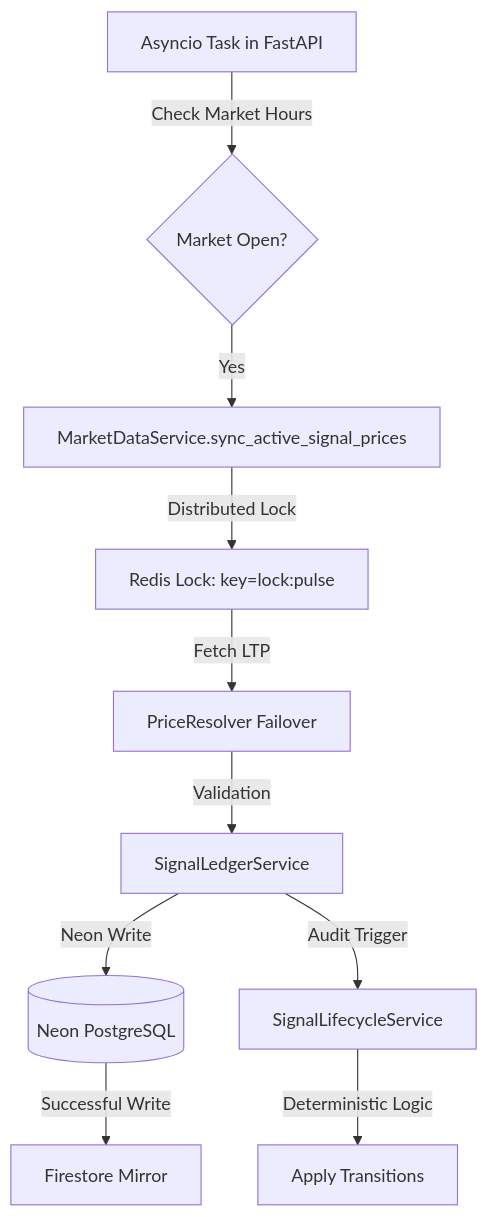
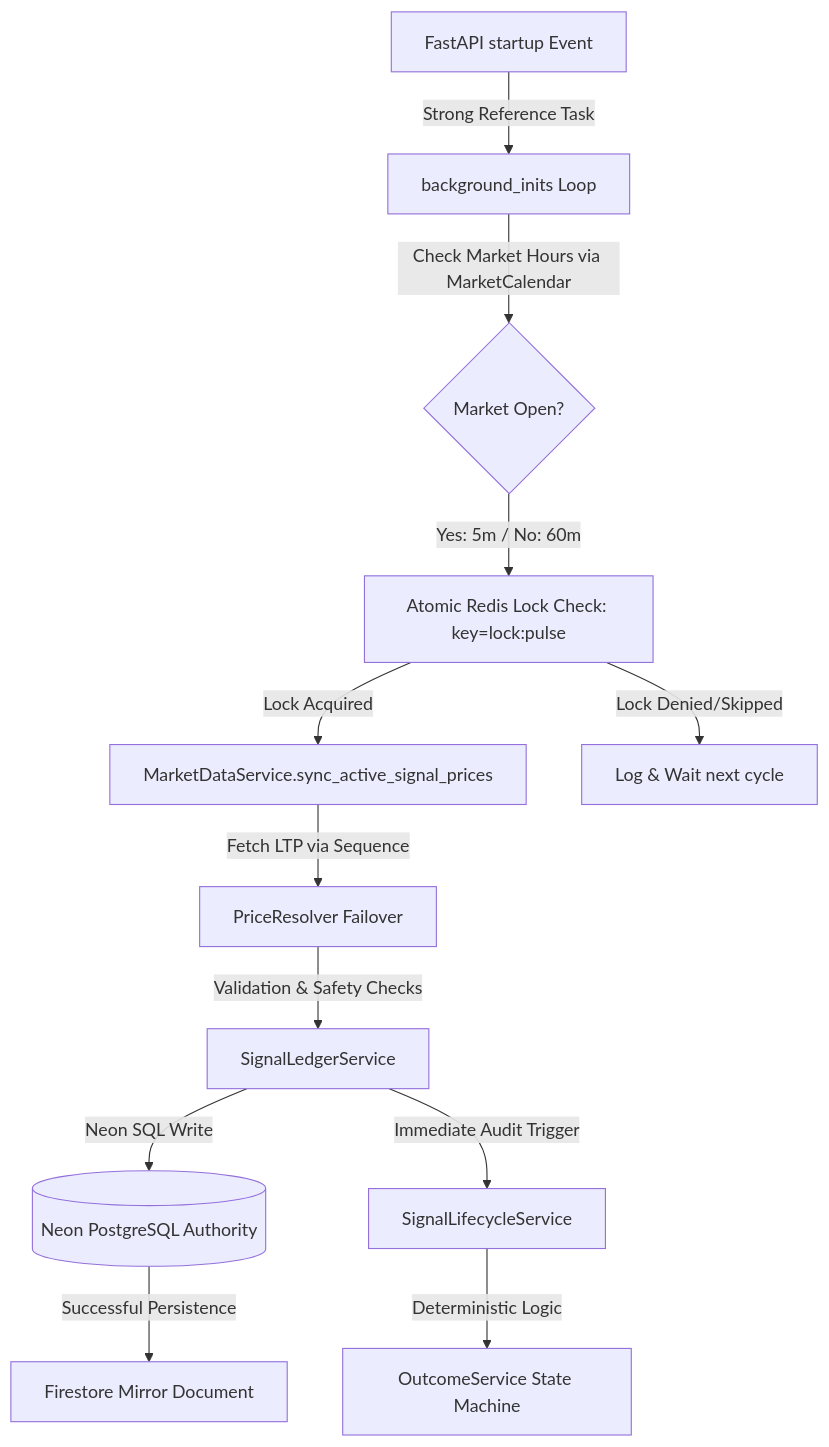
The diagram in reports/MARKET_DATA_REFRESH_FORENSIC_AUDIT_FINAL.md (lakshmistoresonline-afk/TradeMindAI), drawn with Mermaid before and after one commit. The commit also changed other lines of this file and 7 other files, not shown here.

````diff
--- a/reports/MARKET_DATA_REFRESH_FORENSIC_AUDIT_FINAL.md
+++ b/reports/MARKET_DATA_REFRESH_FORENSIC_AUDIT_FINAL.md
@@ -11,12 +19,14 @@
 ```mermaid
 graph TD
-    A[Asyncio Task in FastAPI] -->|Check Market Hours| B{Market Open?}
-    B -->|Yes| C[MarketDataService.sync_active_signal_prices]
-    C -->|Distributed Lock| D[Redis Lock: key=lock:pulse]
-    D -->|Fetch LTP| E[PriceResolver Failover]
-    E -->|Validation| F[SignalLedgerService]
-    F -->|Neon Write| G[(Neon PostgreSQL)]
-    G -->|Successful Write| H[Firestore Mirror]
-    F -->|Audit Trigger| I[SignalLifecycleService]
-    I -->|Deterministic Logic| J[Apply Transitions]
+    A[FastAPI startup Event] -->|Strong Reference Task| B[background_inits Loop]
+    B -->|Check Market Hours via MarketCalendar| C{Market Open?}
+    C -->|Yes: 5m / No: 60m| D[Atomic Redis Lock Check: key=lock:pulse]
+    D -->|Lock Acquired| E[MarketDataService.sync_active_signal_prices]
+    D -->|Lock Denied/Skipped| F[Log & Wait next cycle]
+    E -->|Fetch LTP via Sequence| G[PriceResolver Failover]
+    G -->|Validation & Safety Checks| H[SignalLedgerService]
+    H -->|Neon SQL Write| I[(Neon PostgreSQL Authority)]
+    I -->|Successful Persistence| J[Firestore Mirror Document]
+    H -->|Immediate Audit Trigger| K[SignalLifecycleService]
+    K -->|Deterministic Logic| L[OutcomeService State Machine]
 ```
````
